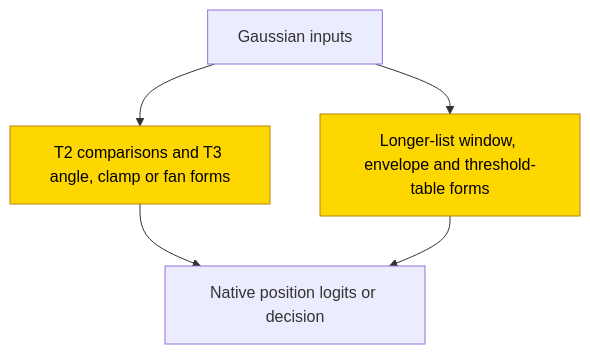
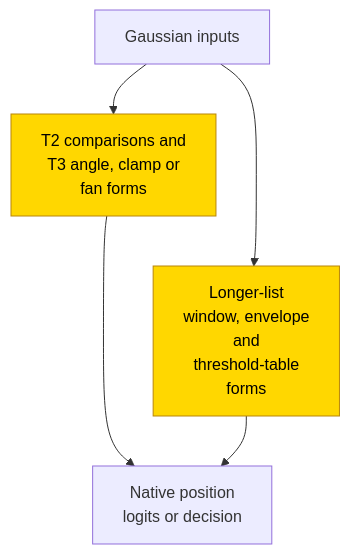
The second of 2 diagrams in entries/algzoo-2nd-argmax.md (jc1122/mechanistic-interpretability-circuit-atlas), drawn with Mermaid before and after one commit. The commit also changed other lines of this file and 39 other files, not shown here.

````diff
--- a/entries/algzoo-2nd-argmax.md
+++ b/entries/algzoo-2nd-argmax.md
@@ -110,11 +113,13 @@
 ```mermaid
 flowchart TD
     accTitle: Families interpreted in frozen second-argmax networks
     accDescr: Gaussian inputs feed short-list comparison, angle and clamp forms or longer-list window, envelope and threshold forms. The family nodes describe externally trained components. Status is partial: optimal-only and activation-level exceptions remain flagged, and sampled tests do not prove global recurrent identities.
-    X["Gaussian inputs"] --> B["T2 comparisons and T3 angle, clamp or fan forms"]
-    X --> L["Longer-list window, envelope and threshold-table forms"]
-    B --> Y["Native position logits or decision"]
+    X["Gaussian inputs"] --> B["T2 comparisons and<br/>T3 angle, clamp or<br/>fan forms"]
+    X --> L["Longer-list<br/>window, envelope<br/>and<br/>threshold-table<br/>forms"]
+    B --> Y["Native position<br/>logits or decision"]
     L --> Y
     classDef trained fill:gold,stroke:darkgoldenrod,color:black
     class B,L trained
+    %% Invisible links constrain vertical layout only, not computation.
+    B ~~~ L
 ```
````
